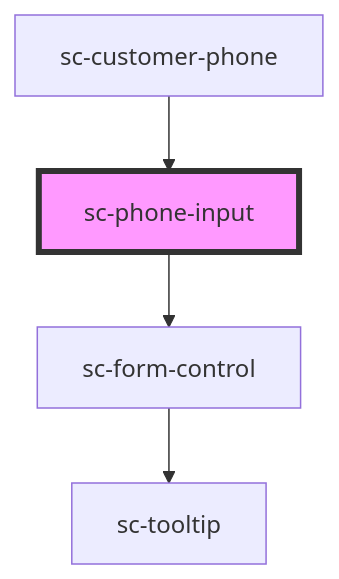
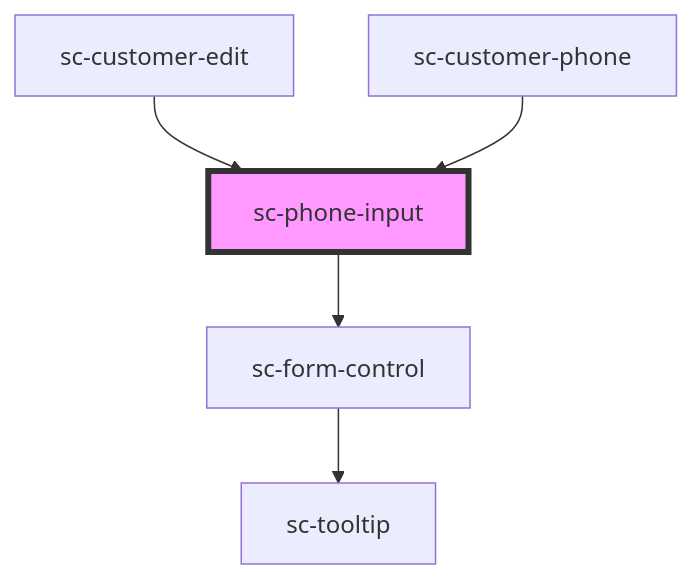
Before and after one commit to surecart/surecart-wp-plugin: the diagram in packages/components/src/components/ui/phone-input/readme.md, drawn with Mermaid. The commit also changed other lines of this file and 23 other files, not shown here.

````diff
--- a/packages/components/src/components/ui/phone-input/readme.md
+++ b/packages/components/src/components/ui/phone-input/readme.md
@@ -131,7 +130,8 @@
 ```mermaid
 graph TD;
   sc-phone-input --> sc-form-control
   sc-form-control --> sc-tooltip
+  sc-customer-edit --> sc-phone-input
   sc-customer-phone --> sc-phone-input
   style sc-phone-input fill:#f9f,stroke:#333,stroke-width:4px
 ```
````
